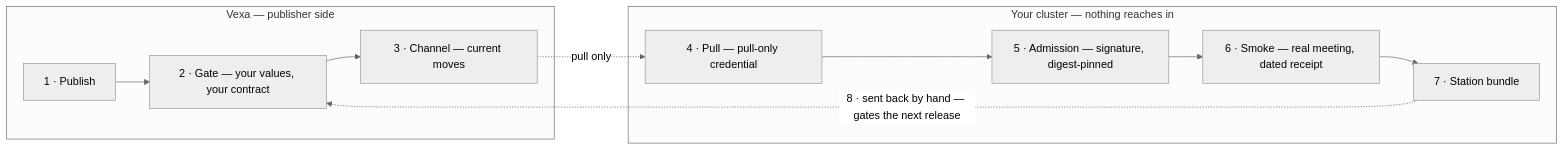
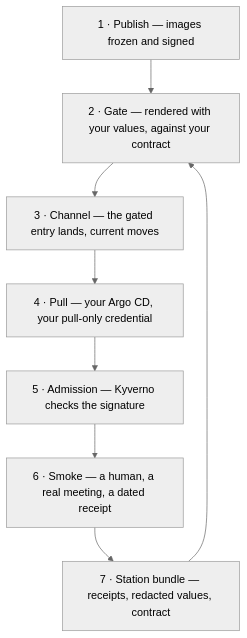
Before and after one commit to Vexa-ai/vexa-delivery: the diagram in docs/how-it-works.mdx, drawn with Mermaid (neutral theme).

Commit message:
docs: flatten loop diagram - subgraphs rendered 0x0

````diff
--- a/docs/how-it-works.mdx
+++ b/docs/how-it-works.mdx
@@ -35,11 +35,17 @@
 ```mermaid
-flowchart LR
-    subgraph V["Vexa — publisher side"]
-        P["1 · Publish"] --> G["2 · Gate — your values, your contract"] --> C["3 · Channel — current moves"]
-    end
-    subgraph Y["Your cluster — nothing reaches in"]
-        L["4 · Pull — pull-only credential"] --> A["5 · Admission — signature, digest-pinned"] --> S["6 · Smoke — real meeting, dated receipt"] --> B["7 · Station bundle"]
-    end
-    C -.->|pull only| L
-    B -.->|"8 · sent back by hand — gates the next release"| G
+flowchart TD
+    P["1 · Publish — images frozen and signed"]
+    G["2 · Gate — rendered with your values, against your contract"]
+    C["3 · Channel — the gated entry lands, current moves"]
+    L["4 · Pull — your Argo CD, your pull-only credential"]
+    A["5 · Admission — Kyverno checks the signature"]
+    S["6 · Smoke — a human, a real meeting, a dated receipt"]
+    B["7 · Station bundle — receipts, redacted values, contract"]
+    P --> G
+    G --> C
+    C --> L
+    L --> A
+    A --> S
+    S --> B
+    B --> G
 ```
````
